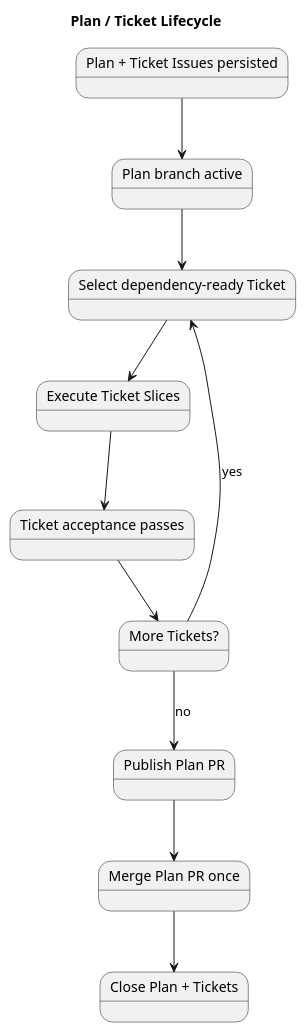
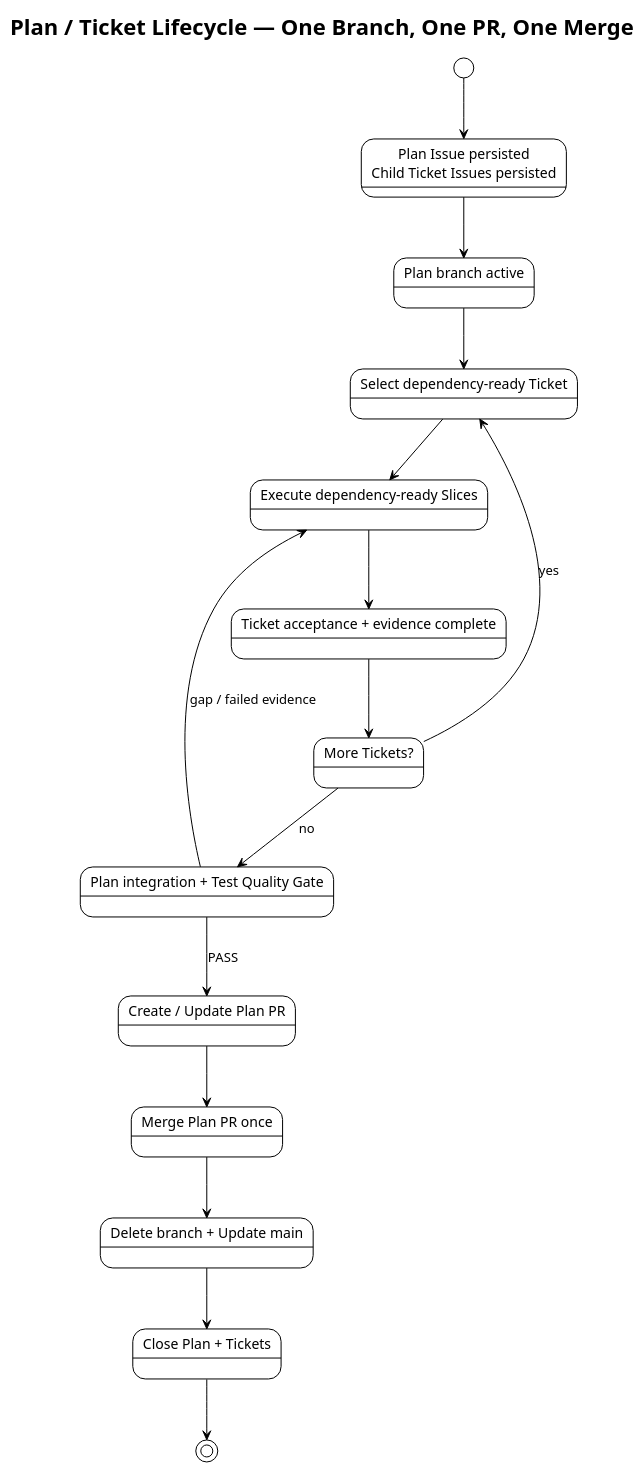
One commit to i-zrhe2016/codex-development-workflow changed the diagram in docs/diagrams/ticket-lifecycle.puml. Above: the diagram before and after it, drawn with PlantUML. The commit also changed 30 other files, not shown here.

First line of the commit message:
Normalize diagrams and documentation with PlantUML (#150)

```diff
--- a/docs/diagrams/ticket-lifecycle.puml
+++ b/docs/diagrams/ticket-lifecycle.puml
@@ -1,23 +1,35 @@
 @startuml
-title Plan / Ticket Lifecycle
+!theme plain
+top to bottom direction
+skinparam shadowing false
+skinparam defaultFontName Arial
 
-state "Plan + Ticket Issues persisted" as persisted
+title Plan / Ticket Lifecycle — One Branch, One PR, One Merge
+
+state "Plan Issue persisted\nChild Ticket Issues persisted" as persisted
 state "Plan branch active" as branch
 state "Select dependency-ready Ticket" as select
-state "Execute Ticket Slices" as slices
-state "Ticket acceptance passes" as accepted
+state "Execute dependency-ready Slices" as slices
+state "Ticket acceptance + evidence complete" as accepted
 state "More Tickets?" as more
-state "Publish Plan PR" as publish
+state "Plan integration + Test Quality Gate" as gate
+state "Create / Update Plan PR" as publish
 state "Merge Plan PR once" as merge
+state "Delete branch + Update main" as cleanup
 state "Close Plan + Tickets" as done
 
+[*] --> persisted
 persisted --> branch
 branch --> select
 select --> slices
 slices --> accepted
 accepted --> more
 more --> select : yes
-more --> publish : no
+more --> gate : no
+gate --> slices : gap / failed evidence
+gate --> publish : PASS
 publish --> merge
-merge --> done
+merge --> cleanup
+cleanup --> done
+done --> [*]
 @enduml
```
